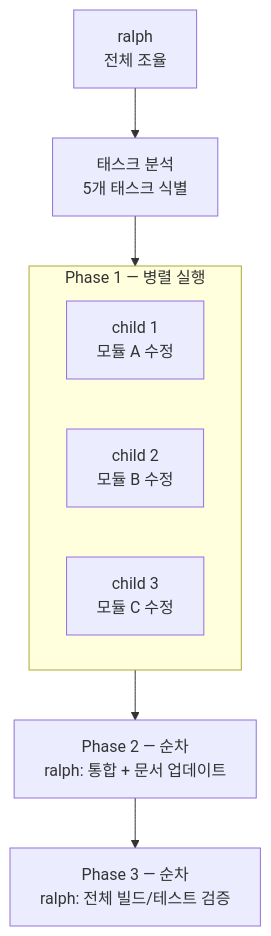
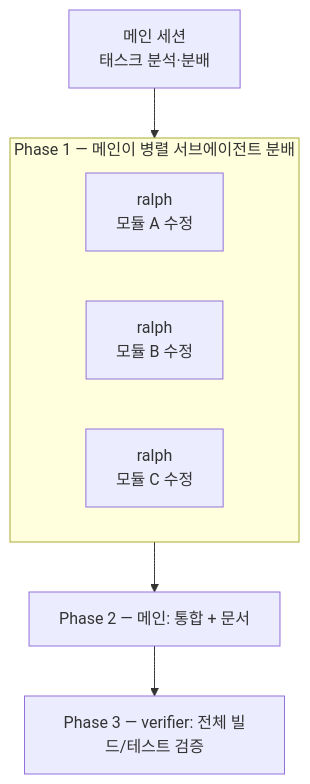
Before and after one commit to leonardo204/dotclaude: the fifth of 7 diagrams in README.md, drawn with Mermaid. The commit also changed other lines of this file and 15 other files, not shown here.

````diff
--- a/README.md
+++ b/README.md
@@ -187,15 +189,13 @@
 ```mermaid
 flowchart TD
-    R[ralph<br/>전체 조율] --> Analysis[태스크 분석<br/>5개 태스크 식별]
+    M[메인 세션<br/>태스크 분석·분배] --> Phase1
 
-    Analysis --> Phase1
-
-    subgraph Phase1 [Phase 1 — 병렬 실행]
-        C1[child 1<br/>모듈 A 수정]
-        C2[child 2<br/>모듈 B 수정]
-        C3[child 3<br/>모듈 C 수정]
+    subgraph Phase1 [Phase 1 — 메인이 병렬 서브에이전트 분배]
+        C1[ralph<br/>모듈 A 수정]
+        C2[ralph<br/>모듈 B 수정]
+        C3[ralph<br/>모듈 C 수정]
     end
 
-    Phase1 --> Phase2[Phase 2 — 순차<br/>ralph: 통합 + 문서 업데이트]
-    Phase2 --> Phase3[Phase 3 — 순차<br/>ralph: 전체 빌드/테스트 검증]
+    Phase1 --> Phase2[Phase 2 — 메인: 통합 + 문서]
+    Phase2 --> Phase3[Phase 3 — verifier: 전체 빌드/테스트 검증]
 ```
````
